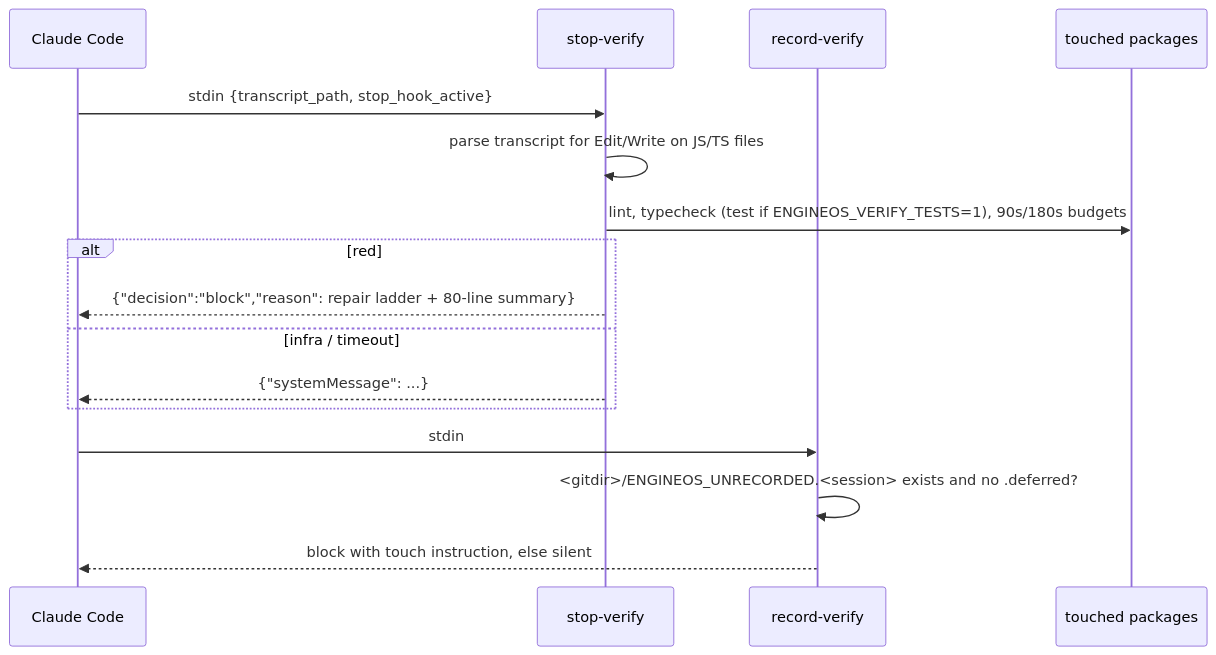
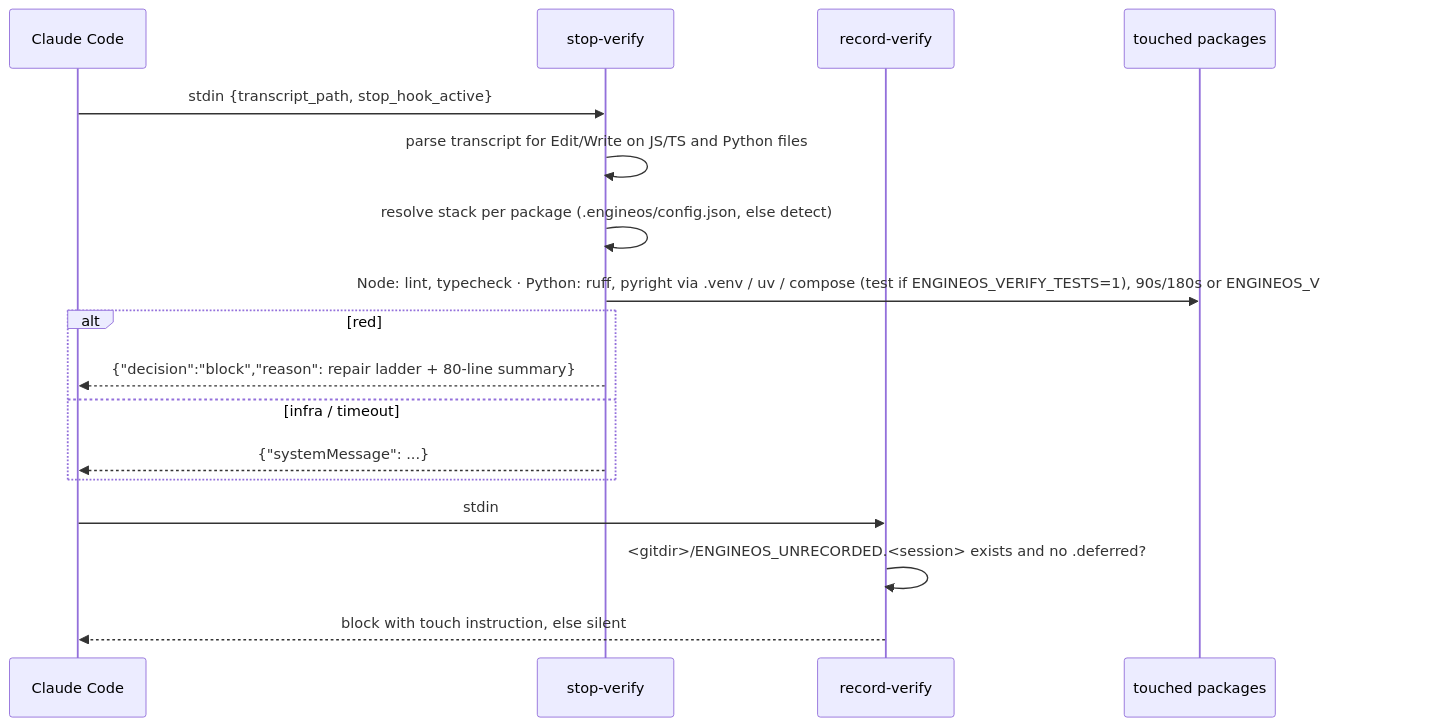
The fourth of 5 diagrams in docs/CODEBASE_MAP.md (ricardofagmerspesia/engineos), drawn with Mermaid before and after one commit. The commit also changed other lines of this file and 7 other files, not shown here.

First line of the commit message:
docs: README, codebase map, big picture, START, ADOPTION, COMPATIBILITY for the Python stack, design gate and git guard (wave 4)

````diff
--- a/docs/CODEBASE_MAP.md
+++ b/docs/CODEBASE_MAP.md
@@ -291,19 +295,20 @@
 ```mermaid
 sequenceDiagram
     participant CC as Claude Code
     participant SV as stop-verify
     participant RV as record-verify
     participant P as touched packages
 
     CC->>SV: stdin {transcript_path, stop_hook_active}
-    SV->>SV: parse transcript for Edit/Write on JS/TS files
-    SV->>P: lint, typecheck (test if ENGINEOS_VERIFY_TESTS=1), 90s/180s budgets
+    SV->>SV: parse transcript for Edit/Write on JS/TS and Python files
+    SV->>SV: resolve stack per package (.engineos/config.json, else detect)
+    SV->>P: Node: lint, typecheck · Python: ruff, pyright via .venv / uv / compose (test if ENGINEOS_VERIFY_TESTS=1), 90s/180s or ENGINEOS_VERIFY_BUDGET_S
     alt red
         SV-->>CC: {"decision":"block","reason": repair ladder + 80-line summary}
     else infra / timeout
         SV-->>CC: {"systemMessage": ...}
     end
     CC->>RV: stdin
     RV->>RV: <gitdir>/ENGINEOS_UNRECORDED.<session> exists and no .deferred?
     RV-->>CC: block with touch instruction, else silent
 ```
````
